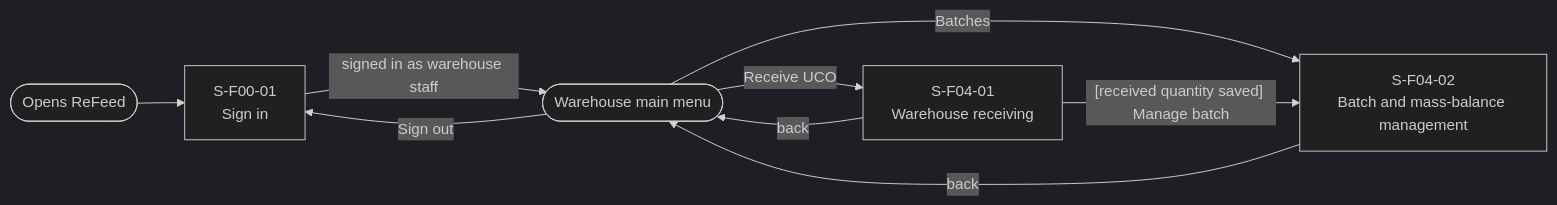
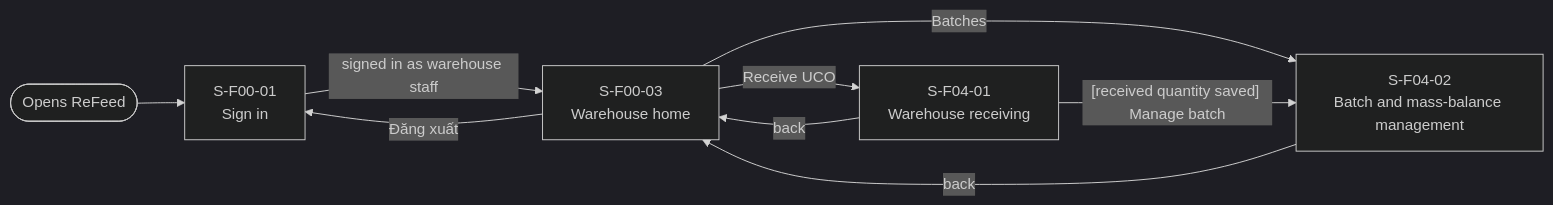
One commit to thuyvicbh-alt/DBIZ2---GROUP-D changed the third of 4 diagrams in docs/external-design/screen-transition.md. Above: the diagram before and after it, drawn with Mermaid (dark theme). The commit also changed other lines of this file, not shown here.

````diff
--- a/docs/external-design/screen-transition.md
+++ b/docs/external-design/screen-transition.md
@@ -83,16 +89,16 @@
 ```mermaid
 flowchart LR
   entry(["Opens ReFeed"])
-  menu(["Warehouse main menu"])
   S00_01["S-F00-01<br>Sign in"]
+  S00_03["S-F00-03<br>Warehouse home"]
   S04_01["S-F04-01<br>Warehouse receiving"]
   S04_02["S-F04-02<br>Batch and mass-balance management"]
   entry --> S00_01
-  S00_01 -->|"signed in as warehouse staff"| menu
-  menu -->|"Receive UCO"| S04_01
-  menu -->|"Batches"| S04_02
-  menu -->|"Sign out"| S00_01
+  S00_01 -->|"signed in as warehouse staff"| S00_03
+  S00_03 -->|"Receive UCO"| S04_01
+  S00_03 -->|"Batches"| S04_02
+  S00_03 -->|"Đăng xuất"| S00_01
   S04_01 -->|"[received quantity saved] Manage batch"| S04_02
-  S04_01 -->|"back"| menu
-  S04_02 -->|"back"| menu
+  S04_01 -->|"back"| S00_03
+  S04_02 -->|"back"| S00_03
 ```
````
